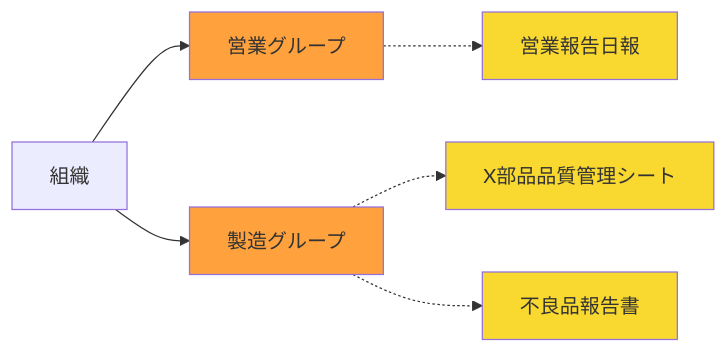
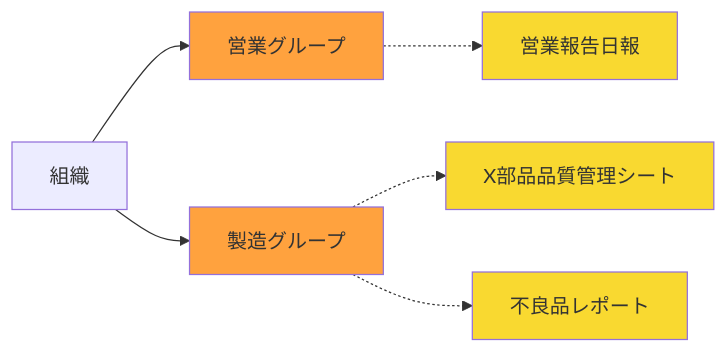
The diagram in content/ja/docs/manual/initial-setting/template/_about/index.md (sndbox-llc/hugo_nipo_plus), drawn with Mermaid before and after one commit. The commit also changed other lines of this file and 92 other files, not shown here.

```diff
--- a/content/ja/docs/manual/initial-setting/template/_about/index.md
+++ b/content/ja/docs/manual/initial-setting/template/_about/index.md
@@ -32,11 +32,11 @@
 {{<mermaid align="center">}}
 graph LR;
   classDef class2 fill:#ffa23e
   classDef class1 fill:#66cdaa
   classDef class3 fill:#f9d930
   組織 --> 営業グループ:::class2
   組織 --> 製造グループ:::class2
   製造グループ .-> X部品品質管理シート:::class3
-  製造グループ .-> 不良品報告書:::class3
+  製造グループ .-> 不良品レポート:::class3
   営業グループ .-> 営業報告日報:::class3
 {{< /mermaid >}}
```
